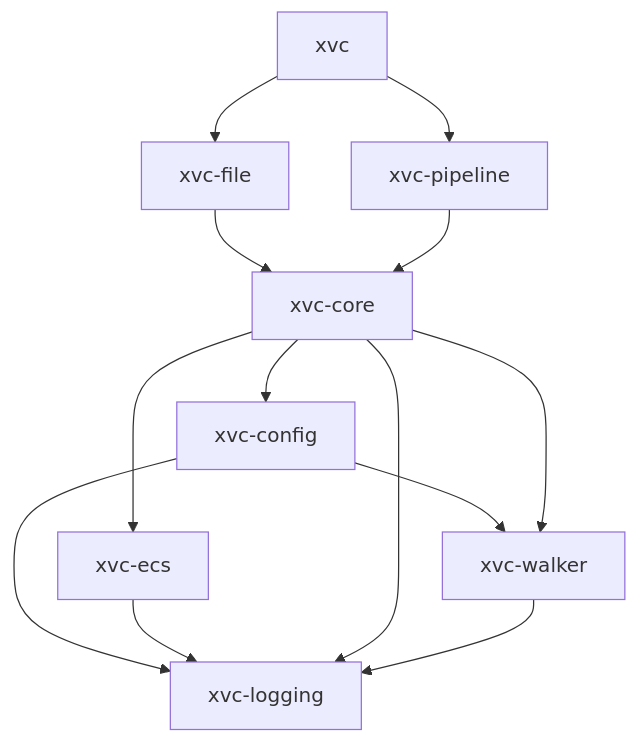
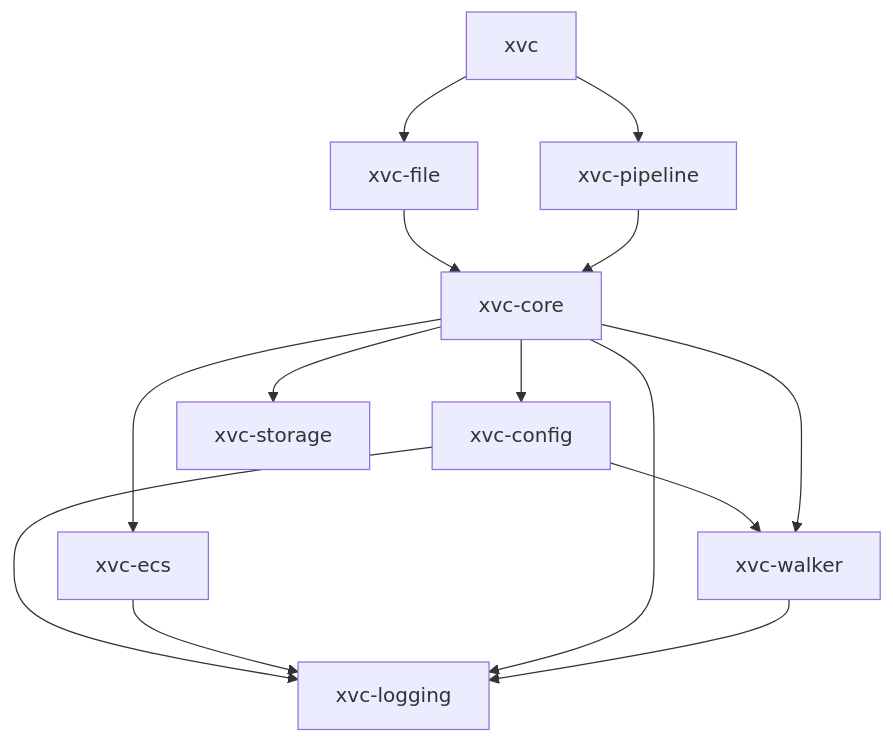
One commit to iesahin/xvc changed the second of 2 diagrams in book/src/arch/index.md. Above: the diagram before and after it, drawn with Mermaid. The commit also changed other lines of this file and 1 other file, not shown here.

````diff
--- a/book/src/arch/index.md
+++ b/book/src/arch/index.md
@@ -102,22 +108,23 @@
 ```mermaid 
 graph TD 
 
 xvc --> xvc-file
 xvc --> xvc-pipeline
 
 xvc-file --> xvc-core
 
 xvc-pipeline --> xvc-core
 
 xvc-config --> xvc-walker
 xvc-config --> xvc-logging
 
 xvc-ecs --> xvc-logging
 
 xvc-core --> xvc-config
 xvc-core --> xvc-logging
 xvc-core --> xvc-walker
 xvc-core --> xvc-ecs
+xvc-core --> xvc-storage
 
 xvc-walker --> xvc-logging
 ```
````
